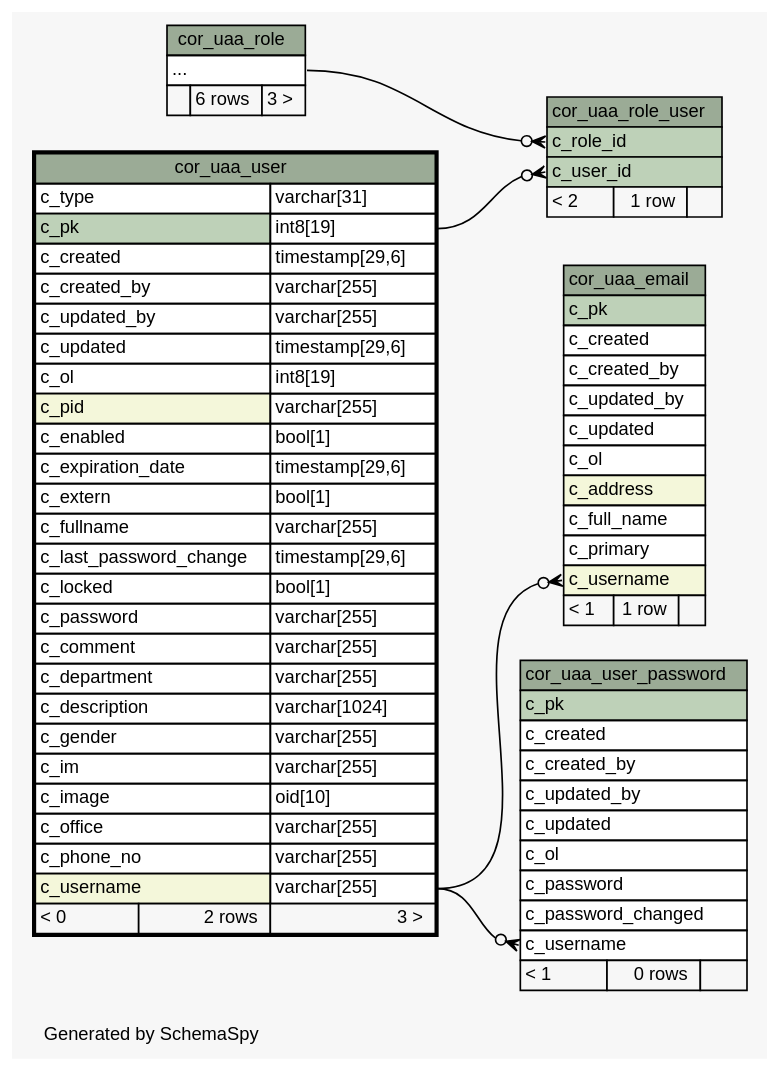
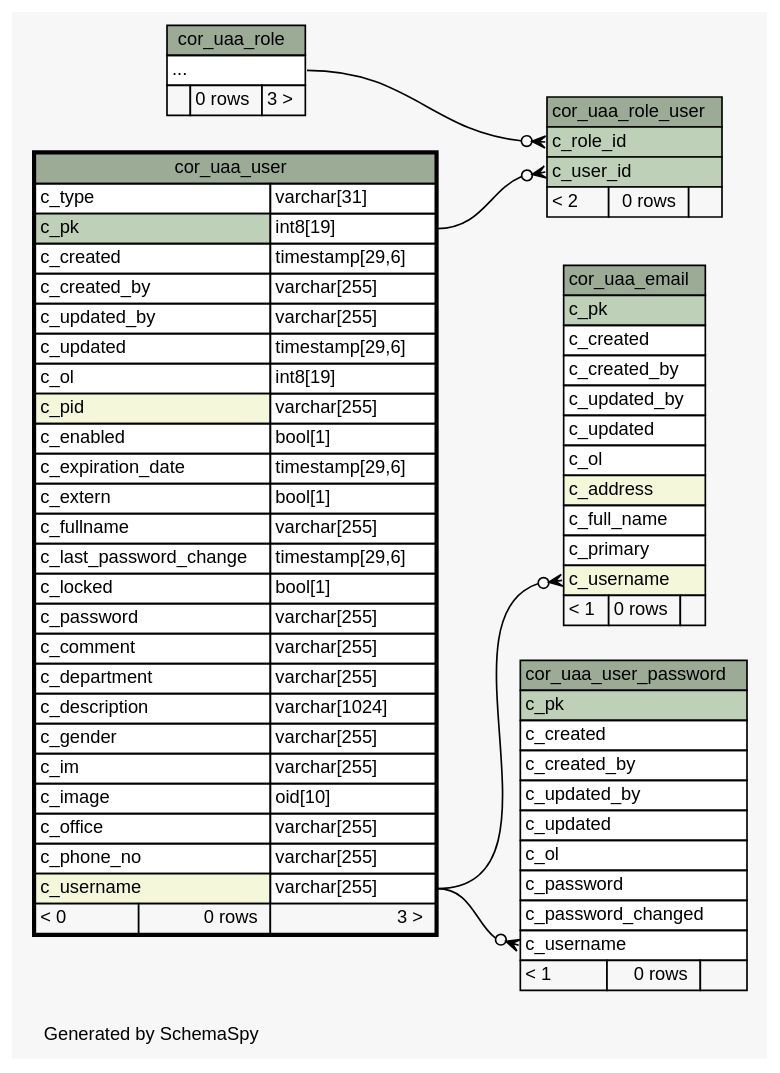
The diagram in 2.0.0-SNAPSHOT/schemaspy/diagrams/cor_uaa_user.2degrees.dot (openwms/org.openwms.core.uaa), drawn with Graphviz before and after one commit. The commit also changed 352 other files, not shown here.

```diff
--- a/2.0.0-SNAPSHOT/schemaspy/diagrams/cor_uaa_user.2degrees.dot
+++ b/2.0.0-SNAPSHOT/schemaspy/diagrams/cor_uaa_user.2degrees.dot
@@ -1,117 +1,117 @@
-// dot 2.43.0 on Linux 5.13.0-1029-azure
+// dot 2.43.0 on Linux 5.15.0-1020-azure
 // SchemaSpy rev Unknown
 digraph "twoDegreesRelationshipsDiagram" {
   graph [
     rankdir="RL"
     bgcolor="#f7f7f7"
     label="\nGenerated by SchemaSpy"
     labeljust="l"
     nodesep="0.18"
     ranksep="0.46"
     fontname="Helvetica"
     fontsize="11"
   ];
   node [
     fontname="Helvetica"
     fontsize="11"
     shape="plaintext"
   ];
   edge [
     arrowsize="0.8"
   ];
   "cor_uaa_email":"c_username":w -> "cor_uaa_user":"c_username.type":e [arrowhead=none dir=back arrowtail=crowodot];
   "cor_uaa_role_user":"c_role_id":w -> "cor_uaa_role":"elipses":e [arrowhead=none dir=back arrowtail=crowodot];
   "cor_uaa_role_user":"c_user_id":w -> "cor_uaa_user":"c_pk.type":e [arrowhead=none dir=back arrowtail=crowodot];
   "cor_uaa_user_password":"c_username":w -> "cor_uaa_user":"c_username.type":e [arrowhead=none dir=back arrowtail=crowodot];
   "cor_uaa_email" [
     label=<
     <TABLE BORDER="0" CELLBORDER="1" CELLSPACING="0" BGCOLOR="#ffffff">
       <TR><TD COLSPAN="3" BGCOLOR="#9bab96" ALIGN="CENTER">cor_uaa_email</TD></TR>
       <TR><TD PORT="c_pk" COLSPAN="3" BGCOLOR="#bed1b8" ALIGN="LEFT">c_pk</TD></TR>
       <TR><TD PORT="c_created" COLSPAN="3" ALIGN="LEFT">c_created</TD></TR>
       <TR><TD PORT="c_created_by" COLSPAN="3" ALIGN="LEFT">c_created_by</TD></TR>
       <TR><TD PORT="c_updated_by" COLSPAN="3" ALIGN="LEFT">c_updated_by</TD></TR>
       <TR><TD PORT="c_updated" COLSPAN="3" ALIGN="LEFT">c_updated</TD></TR>
       <TR><TD PORT="c_ol" COLSPAN="3" ALIGN="LEFT">c_ol</TD></TR>
       <TR><TD PORT="c_address" COLSPAN="3" BGCOLOR="#f4f7da" ALIGN="LEFT">c_address</TD></TR>
       <TR><TD PORT="c_full_name" COLSPAN="3" ALIGN="LEFT">c_full_name</TD></TR>
       <TR><TD PORT="c_primary" COLSPAN="3" ALIGN="LEFT">c_primary</TD></TR>
       <TR><TD PORT="c_username" COLSPAN="3" BGCOLOR="#f4f7da" ALIGN="LEFT">c_username</TD></TR>
-      <TR><TD ALIGN="LEFT" BGCOLOR="#f7f7f7">&lt; 1</TD><TD ALIGN="RIGHT" BGCOLOR="#f7f7f7">1 row</TD><TD ALIGN="RIGHT" BGCOLOR="#f7f7f7">  </TD></TR>
+      <TR><TD ALIGN="LEFT" BGCOLOR="#f7f7f7">&lt; 1</TD><TD ALIGN="RIGHT" BGCOLOR="#f7f7f7">0 rows</TD><TD ALIGN="RIGHT" BGCOLOR="#f7f7f7">  </TD></TR>
     </TABLE>>
     URL="cor_uaa_email.html"
     tooltip="cor_uaa_email"
   ];
   "cor_uaa_role" [
     label=<
     <TABLE BORDER="0" CELLBORDER="1" CELLSPACING="0" BGCOLOR="#ffffff">
       <TR><TD COLSPAN="3" BGCOLOR="#9bab96" ALIGN="CENTER">cor_uaa_role</TD></TR>
       <TR><TD PORT="elipses" COLSPAN="3" ALIGN="LEFT">...</TD></TR>
-      <TR><TD ALIGN="LEFT" BGCOLOR="#f7f7f7">  </TD><TD ALIGN="RIGHT" BGCOLOR="#f7f7f7">6 rows</TD><TD ALIGN="RIGHT" BGCOLOR="#f7f7f7">3 &gt;</TD></TR>
+      <TR><TD ALIGN="LEFT" BGCOLOR="#f7f7f7">  </TD><TD ALIGN="RIGHT" BGCOLOR="#f7f7f7">0 rows</TD><TD ALIGN="RIGHT" BGCOLOR="#f7f7f7">3 &gt;</TD></TR>
     </TABLE>>
     URL="cor_uaa_role.html"
     tooltip="cor_uaa_role"
   ];
   "cor_uaa_role_user" [
     label=<
     <TABLE BORDER="0" CELLBORDER="1" CELLSPACING="0" BGCOLOR="#ffffff">
       <TR><TD COLSPAN="3" BGCOLOR="#9bab96" ALIGN="CENTER">cor_uaa_role_user</TD></TR>
       <TR><TD PORT="c_role_id" COLSPAN="3" BGCOLOR="#bed1b8" ALIGN="LEFT">c_role_id</TD></TR>
       <TR><TD PORT="c_user_id" COLSPAN="3" BGCOLOR="#bed1b8" ALIGN="LEFT">c_user_id</TD></TR>
-      <TR><TD ALIGN="LEFT" BGCOLOR="#f7f7f7">&lt; 2</TD><TD ALIGN="RIGHT" BGCOLOR="#f7f7f7">1 row</TD><TD ALIGN="RIGHT" BGCOLOR="#f7f7f7">  </TD></TR>
+      <TR><TD ALIGN="LEFT" BGCOLOR="#f7f7f7">&lt; 2</TD><TD ALIGN="RIGHT" BGCOLOR="#f7f7f7">0 rows</TD><TD ALIGN="RIGHT" BGCOLOR="#f7f7f7">  </TD></TR>
     </TABLE>>
     URL="cor_uaa_role_user.html"
     tooltip="cor_uaa_role_user"
   ];
   "cor_uaa_user" [
     label=<
     <TABLE BORDER="2" CELLBORDER="1" CELLSPACING="0" BGCOLOR="#ffffff">
       <TR><TD COLSPAN="3" BGCOLOR="#9bab96" ALIGN="CENTER">cor_uaa_user</TD></TR>
       <TR><TD PORT="c_type" COLSPAN="2" ALIGN="LEFT">c_type</TD><TD PORT="c_type.type" ALIGN="LEFT">varchar[31]</TD></TR>
       <TR><TD PORT="c_pk" COLSPAN="2" BGCOLOR="#bed1b8" ALIGN="LEFT">c_pk</TD><TD PORT="c_pk.type" ALIGN="LEFT">int8[19]</TD></TR>
       <TR><TD PORT="c_created" COLSPAN="2" ALIGN="LEFT">c_created</TD><TD PORT="c_created.type" ALIGN="LEFT">timestamp[29,6]</TD></TR>
       <TR><TD PORT="c_created_by" COLSPAN="2" ALIGN="LEFT">c_created_by</TD><TD PORT="c_created_by.type" ALIGN="LEFT">varchar[255]</TD></TR>
       <TR><TD PORT="c_updated_by" COLSPAN="2" ALIGN="LEFT">c_updated_by</TD><TD PORT="c_updated_by.type" ALIGN="LEFT">varchar[255]</TD></TR>
       <TR><TD PORT="c_updated" COLSPAN="2" ALIGN="LEFT">c_updated</TD><TD PORT="c_updated.type" ALIGN="LEFT">timestamp[29,6]</TD></TR>
       <TR><TD PORT="c_ol" COLSPAN="2" ALIGN="LEFT">c_ol</TD><TD PORT="c_ol.type" ALIGN="LEFT">int8[19]</TD></TR>
       <TR><TD PORT="c_pid" COLSPAN="2" BGCOLOR="#f4f7da" ALIGN="LEFT">c_pid</TD><TD PORT="c_pid.type" ALIGN="LEFT">varchar[255]</TD></TR>
       <TR><TD PORT="c_enabled" COLSPAN="2" ALIGN="LEFT">c_enabled</TD><TD PORT="c_enabled.type" ALIGN="LEFT">bool[1]</TD></TR>
       <TR><TD PORT="c_expiration_date" COLSPAN="2" ALIGN="LEFT">c_expiration_date</TD><TD PORT="c_expiration_date.type" ALIGN="LEFT">timestamp[29,6]</TD></TR>
       <TR><TD PORT="c_extern" COLSPAN="2" ALIGN="LEFT">c_extern</TD><TD PORT="c_extern.type" ALIGN="LEFT">bool[1]</TD></TR>
       <TR><TD PORT="c_fullname" COLSPAN="2" ALIGN="LEFT">c_fullname</TD><TD PORT="c_fullname.type" ALIGN="LEFT">varchar[255]</TD></TR>
       <TR><TD PORT="c_last_password_change" COLSPAN="2" ALIGN="LEFT">c_last_password_change</TD><TD PORT="c_last_password_change.type" ALIGN="LEFT">timestamp[29,6]</TD></TR>
       <TR><TD PORT="c_locked" COLSPAN="2" ALIGN="LEFT">c_locked</TD><TD PORT="c_locked.type" ALIGN="LEFT">bool[1]</TD></TR>
       <TR><TD PORT="c_password" COLSPAN="2" ALIGN="LEFT">c_password</TD><TD PORT="c_password.type" ALIGN="LEFT">varchar[255]</TD></TR>
       <TR><TD PORT="c_comment" COLSPAN="2" ALIGN="LEFT">c_comment</TD><TD PORT="c_comment.type" ALIGN="LEFT">varchar[255]</TD></TR>
       <TR><TD PORT="c_department" COLSPAN="2" ALIGN="LEFT">c_department</TD><TD PORT="c_department.type" ALIGN="LEFT">varchar[255]</TD></TR>
       <TR><TD PORT="c_description" COLSPAN="2" ALIGN="LEFT">c_description</TD><TD PORT="c_description.type" ALIGN="LEFT">varchar[1024]</TD></TR>
       <TR><TD PORT="c_gender" COLSPAN="2" ALIGN="LEFT">c_gender</TD><TD PORT="c_gender.type" ALIGN="LEFT">varchar[255]</TD></TR>
       <TR><TD PORT="c_im" COLSPAN="2" ALIGN="LEFT">c_im</TD><TD PORT="c_im.type" ALIGN="LEFT">varchar[255]</TD></TR>
       <TR><TD PORT="c_image" COLSPAN="2" ALIGN="LEFT">c_image</TD><TD PORT="c_image.type" ALIGN="LEFT">oid[10]</TD></TR>
       <TR><TD PORT="c_office" COLSPAN="2" ALIGN="LEFT">c_office</TD><TD PORT="c_office.type" ALIGN="LEFT">varchar[255]</TD></TR>
       <TR><TD PORT="c_phone_no" COLSPAN="2" ALIGN="LEFT">c_phone_no</TD><TD PORT="c_phone_no.type" ALIGN="LEFT">varchar[255]</TD></TR>
       <TR><TD PORT="c_username" COLSPAN="2" BGCOLOR="#f4f7da" ALIGN="LEFT">c_username</TD><TD PORT="c_username.type" ALIGN="LEFT">varchar[255]</TD></TR>
-      <TR><TD ALIGN="LEFT" BGCOLOR="#f7f7f7">&lt; 0</TD><TD ALIGN="RIGHT" BGCOLOR="#f7f7f7">2 rows</TD><TD ALIGN="RIGHT" BGCOLOR="#f7f7f7">3 &gt;</TD></TR>
+      <TR><TD ALIGN="LEFT" BGCOLOR="#f7f7f7">&lt; 0</TD><TD ALIGN="RIGHT" BGCOLOR="#f7f7f7">0 rows</TD><TD ALIGN="RIGHT" BGCOLOR="#f7f7f7">3 &gt;</TD></TR>
     </TABLE>>
     URL="cor_uaa_user.html"
     tooltip="cor_uaa_user"
   ];
   "cor_uaa_user_password" [
     label=<
     <TABLE BORDER="0" CELLBORDER="1" CELLSPACING="0" BGCOLOR="#ffffff">
       <TR><TD COLSPAN="3" BGCOLOR="#9bab96" ALIGN="CENTER">cor_uaa_user_password</TD></TR>
       <TR><TD PORT="c_pk" COLSPAN="3" BGCOLOR="#bed1b8" ALIGN="LEFT">c_pk</TD></TR>
       <TR><TD PORT="c_created" COLSPAN="3" ALIGN="LEFT">c_created</TD></TR>
       <TR><TD PORT="c_created_by" COLSPAN="3" ALIGN="LEFT">c_created_by</TD></TR>
       <TR><TD PORT="c_updated_by" COLSPAN="3" ALIGN="LEFT">c_updated_by</TD></TR>
       <TR><TD PORT="c_updated" COLSPAN="3" ALIGN="LEFT">c_updated</TD></TR>
       <TR><TD PORT="c_ol" COLSPAN="3" ALIGN="LEFT">c_ol</TD></TR>
       <TR><TD PORT="c_password" COLSPAN="3" ALIGN="LEFT">c_password</TD></TR>
       <TR><TD PORT="c_password_changed" COLSPAN="3" ALIGN="LEFT">c_password_changed</TD></TR>
       <TR><TD PORT="c_username" COLSPAN="3" ALIGN="LEFT">c_username</TD></TR>
       <TR><TD ALIGN="LEFT" BGCOLOR="#f7f7f7">&lt; 1</TD><TD ALIGN="RIGHT" BGCOLOR="#f7f7f7">0 rows</TD><TD ALIGN="RIGHT" BGCOLOR="#f7f7f7">  </TD></TR>
     </TABLE>>
     URL="cor_uaa_user_password.html"
     tooltip="cor_uaa_user_password"
   ];
 }
```
